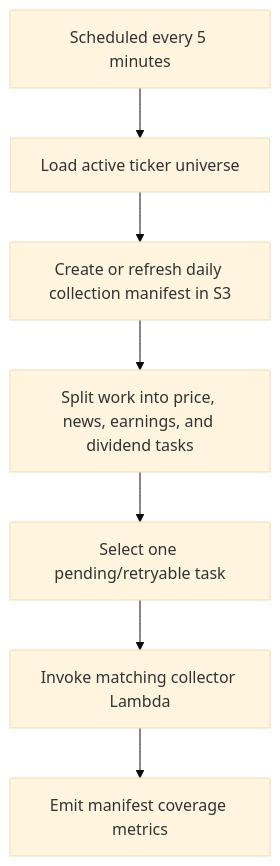
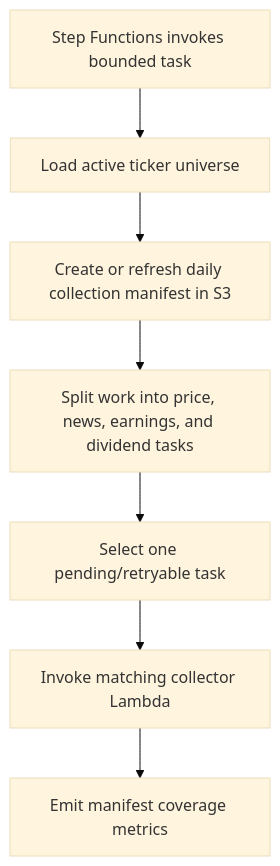
One commit to csenkey/stockara changed the second of 3 diagrams in docs/stockara-review/02-aws-architecture.md. Above: the diagram before and after it, drawn with Mermaid (base theme). The commit also changed other lines of this file and 34 other files, not shown here.

````diff
--- a/docs/stockara-review/02-aws-architecture.md
+++ b/docs/stockara-review/02-aws-architecture.md
@@ -95,9 +96,9 @@
 ```mermaid
 flowchart TD
-  Start["Scheduled every 5 minutes"] --> Load["Load active ticker universe"]
+  Start["Step Functions invokes bounded task"] --> Load["Load active ticker universe"]
   Load --> Manifest["Create or refresh daily collection manifest in S3"]
   Manifest --> Tasks["Split work into price, news, earnings, and dividend tasks"]
   Tasks --> Pick["Select one pending/retryable task"]
   Pick --> Invoke["Invoke matching collector Lambda"]
   Invoke --> Metrics["Emit manifest coverage metrics"]
 ```
````
